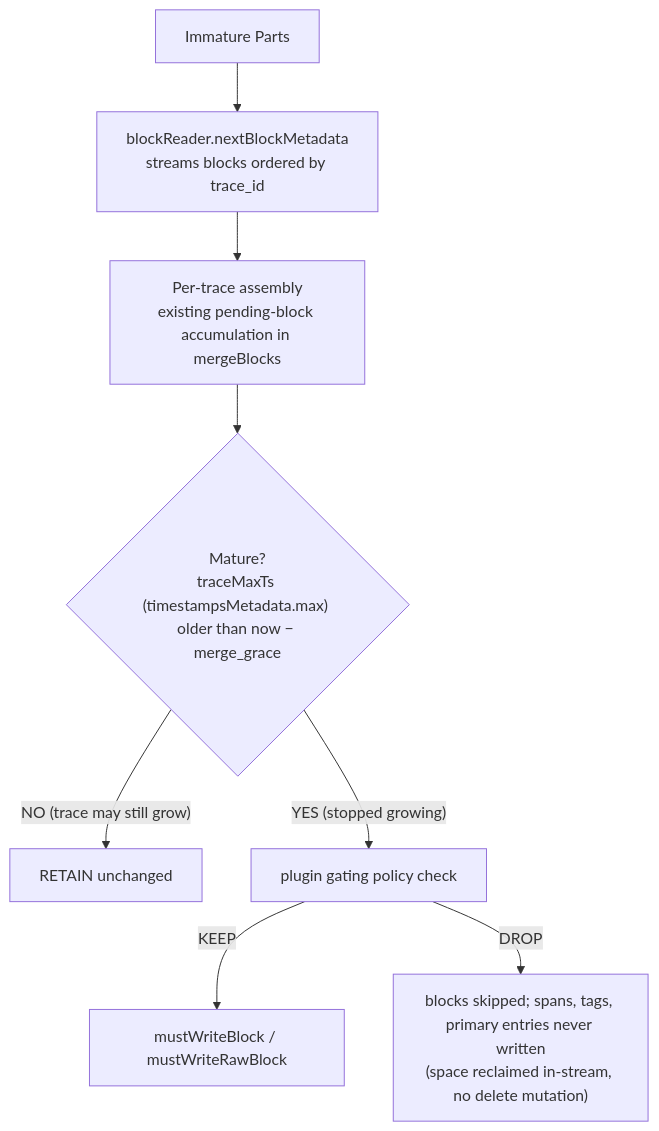
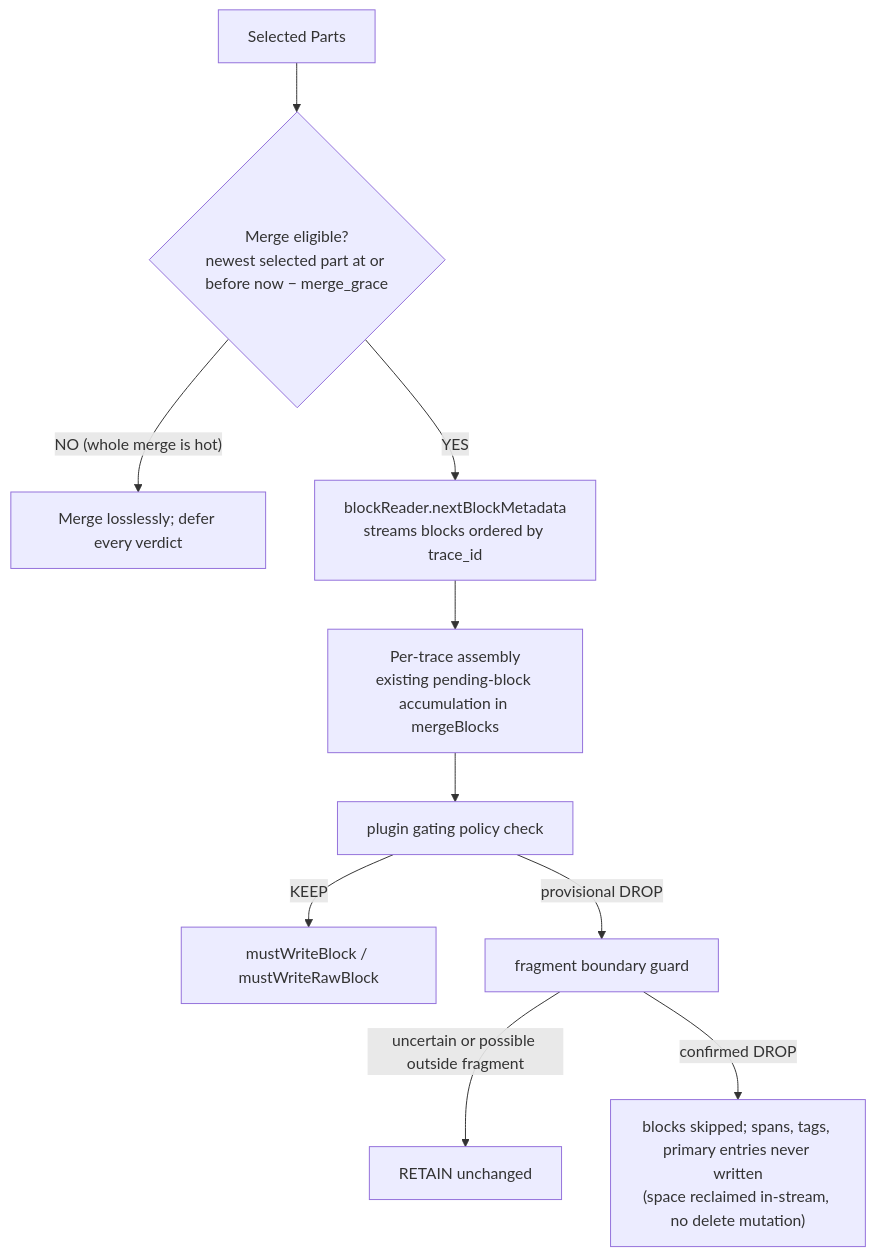
One commit to apache/skywalking-banyandb changed the third of 6 diagrams in docs/design/post-trace-pipeline.md. Above: the diagram before and after it, drawn with Mermaid. The commit also changed other lines of this file and 37 other files, not shown here.

Commit message:
feat(trace): guard fragment sampling across parts

````diff
--- a/docs/design/post-trace-pipeline.md
+++ b/docs/design/post-trace-pipeline.md
@@ -563,10 +571,12 @@
 ```mermaid
 flowchart TD
-    IP["Immature Parts"] --> BR["blockReader.nextBlockMetadata<br/>streams blocks ordered by trace_id"]
+    IP["Selected Parts"] --> MG{"Merge eligible?<br/>newest selected part at or before now − merge_grace"}
+    MG -->|"NO (whole merge is hot)"| LR["Merge losslessly; defer every verdict"]
+    MG -->|"YES"| BR["blockReader.nextBlockMetadata<br/>streams blocks ordered by trace_id"]
     BR --> PA["Per-trace assembly<br/>existing pending-block accumulation in mergeBlocks"]
-    PA --> M{"Mature?<br/>traceMaxTs (timestampsMetadata.max) older than now − merge_grace"}
-    M -->|"NO (trace may still grow)"| RET["RETAIN unchanged"]
-    M -->|"YES (stopped growing)"| CHK["plugin gating policy check"]
+    PA --> CHK["plugin gating policy check"]
     CHK -->|"KEEP"| WB["mustWriteBlock / mustWriteRawBlock"]
-    CHK -->|"DROP"| SK["blocks skipped; spans, tags, primary entries never written<br/>(space reclaimed in-stream, no delete mutation)"]
+    CHK -->|"provisional DROP"| BG["fragment boundary guard"]
+    BG -->|"uncertain or possible outside fragment"| RET["RETAIN unchanged"]
+    BG -->|"confirmed DROP"| SK["blocks skipped; spans, tags, primary entries never written<br/>(space reclaimed in-stream, no delete mutation)"]
 ```
````
